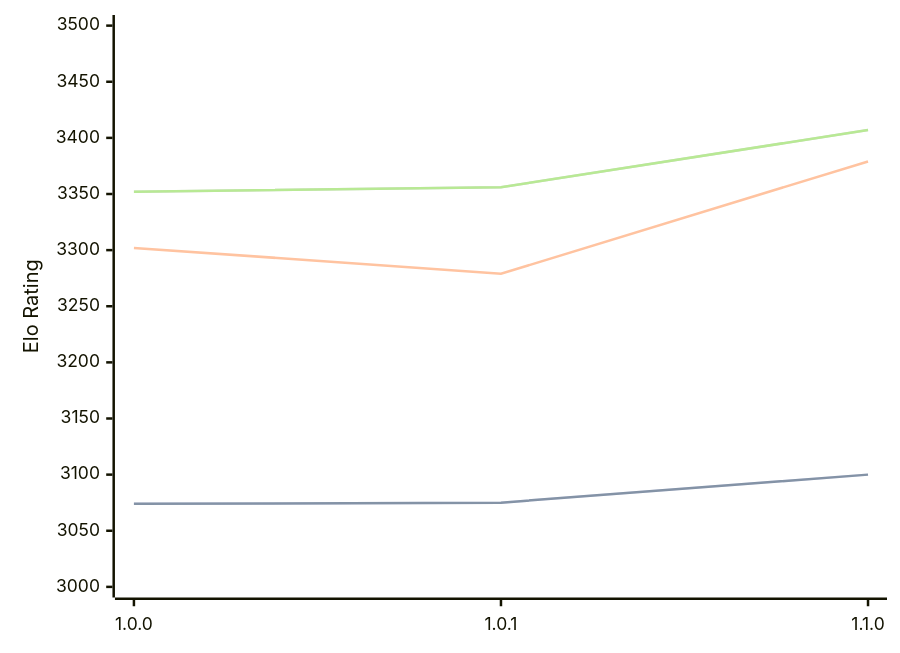
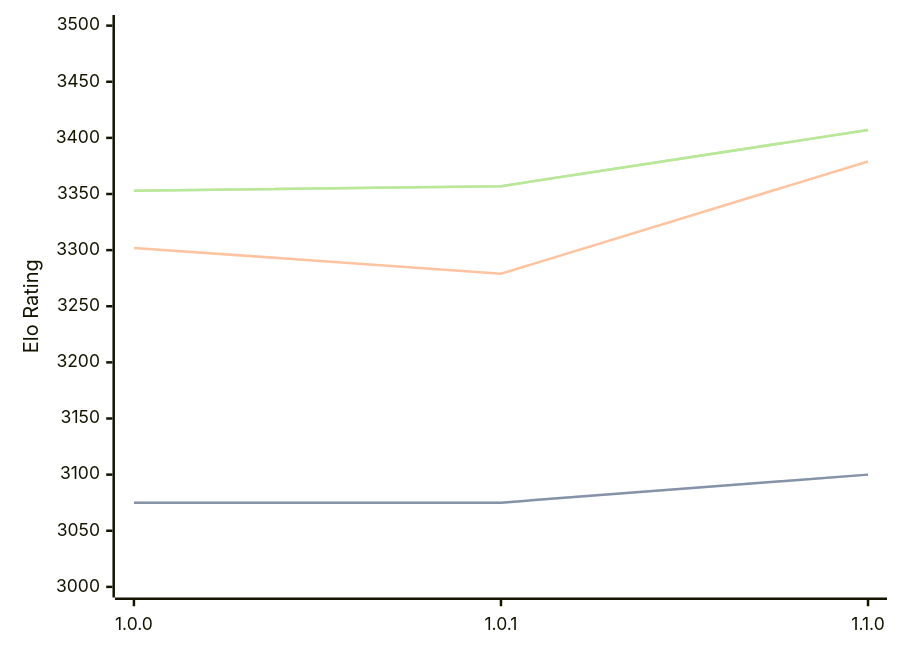
One commit to computer-chess-index/cci changed the diagram in engines/Ursus.md. Above: the diagram before and after it, drawn with Mermaid. The commit also changed other lines of this file, not shown here.

Commit message:
Update CCI Ratings (ELO VLTC) - 2026-10-02

````diff
--- a/engines/Ursus.md
+++ b/engines/Ursus.md
@@ -33,11 +33,11 @@
 ```mermaid
 %%{init: {"theme":"base","themeVariables":{"seriesColors:['#a3a3a3','#222221','#faa371']}}}%%
 xychart-beta
   x-axis ["1.0.0", "1.0.1", "1.1.0"]
   y-axis "Elo Rating" 3000 --> 3500
-  line "" [3074, 3075, 3100]
-  line "STC (8.0+0.08s)" [3074, 3075, 3100]
+  line "" [3075, 3075, 3100]
+  line "STC (8.0+0.08s)" [3075, 3075, 3100]
   line "LTC (60.0+0.60s)" [3302, 3279, 3379]
-  line "" [3352, 3356, 3407]
-  line "VLTC (2m24s+1.12s)" [3352, 3356, 3407]
+  line "" [3353, 3357, 3407]
+  line "VLTC (2m24s+1.12s)" [3353, 3357, 3407]
 ```
````
